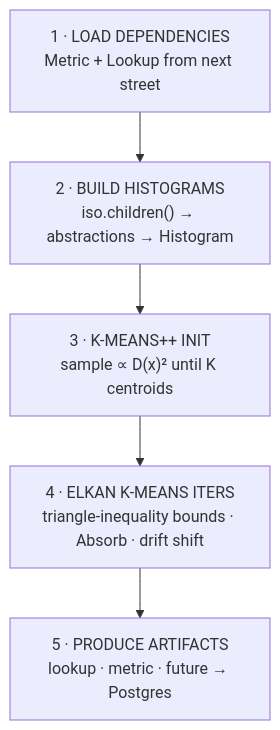
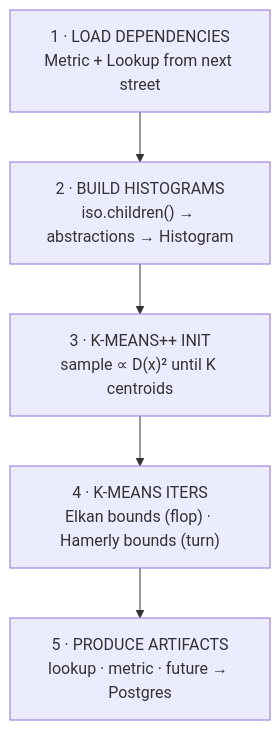
One commit to krukah/robopoker changed the fourth of 9 diagrams in crates/forge/README.md. Above: the diagram before and after it, drawn with Mermaid. The commit also changed other lines of this file and 26 other files, not shown here.

````diff
--- a/crates/forge/README.md
+++ b/crates/forge/README.md
@@ -89,7 +95,7 @@
 ```mermaid
 flowchart TD
   S1["1 · LOAD DEPENDENCIES<br/>Metric + Lookup from next street"] --> S2["2 · BUILD HISTOGRAMS<br/>iso.children() → abstractions → Histogram"]
   S2 --> S3["3 · K-MEANS++ INIT<br/>sample ∝ D(x)² until K centroids"]
-  S3 --> S4["4 · ELKAN K-MEANS ITERS<br/>triangle-inequality bounds · Absorb · drift shift"]
+  S3 --> S4["4 · K-MEANS ITERS<br/>Elkan bounds (flop) · Hamerly bounds (turn)"]
   S4 --> S5["5 · PRODUCE ARTIFACTS<br/>lookup · metric · future → Postgres"]
 ```
````
